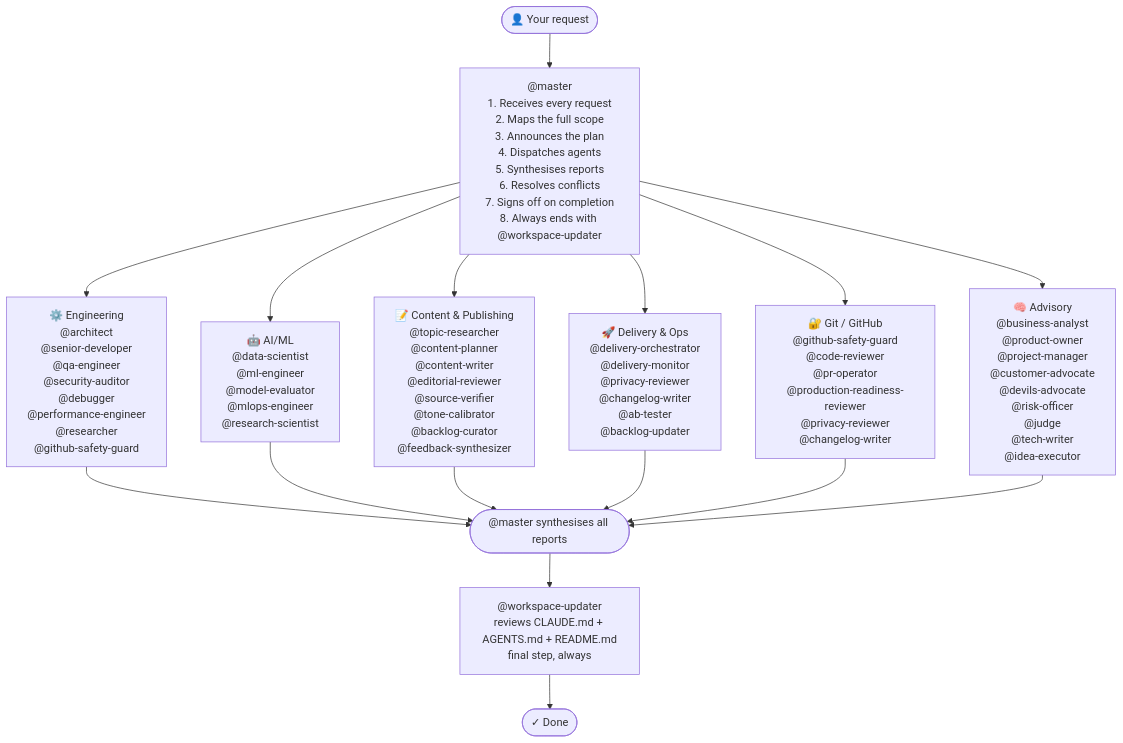
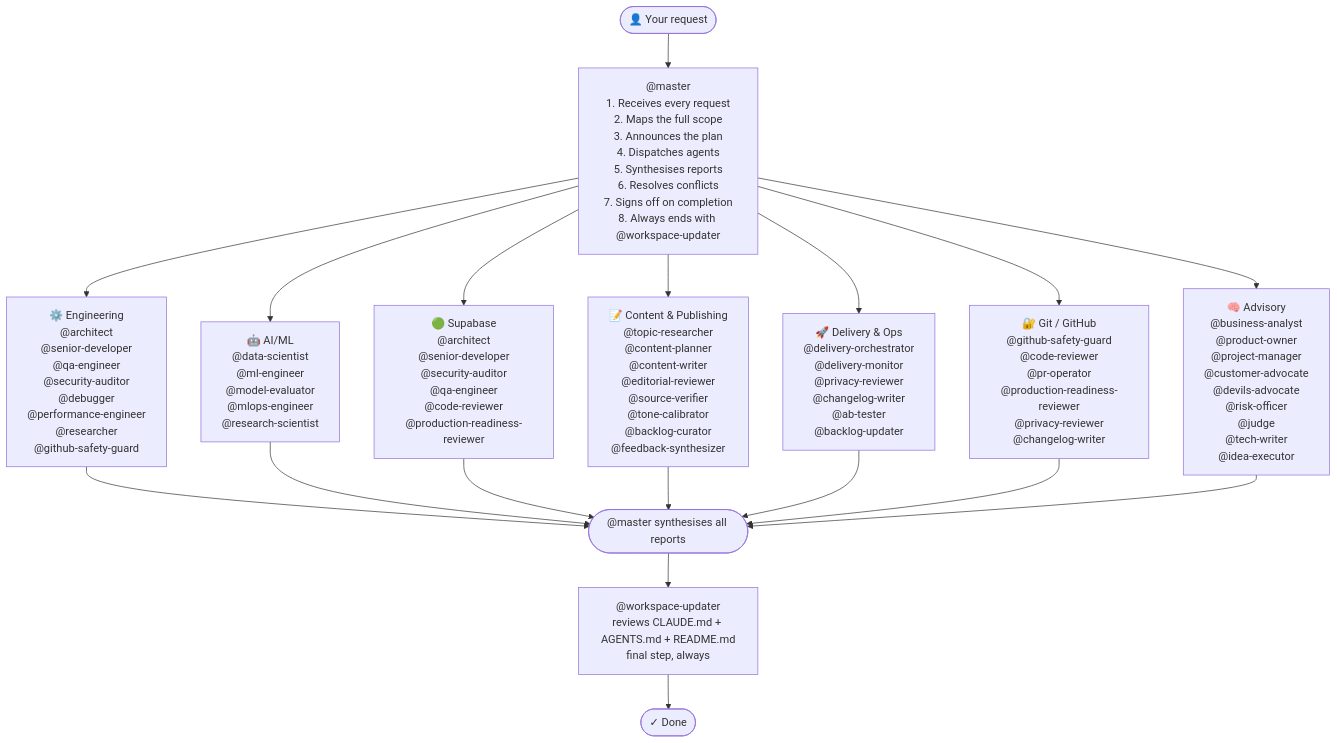
Before and after one commit to Konstantinos-Sakellariou/claude-team-kit: the diagram in README.md, drawn with Mermaid. The commit also changed other lines of this file and 15 other files, not shown here.

````diff
--- a/README.md
+++ b/README.md
@@ -161,27 +161,29 @@
 ```mermaid
 flowchart TD
     USER(["👤 Your request"])
     USER --> MASTER
 
     MASTER["@master\n1. Receives every request\n2. Maps the full scope\n3. Announces the plan\n4. Dispatches agents\n5. Synthesises reports\n6. Resolves conflicts\n7. Signs off on completion\n8. Always ends with @workspace-updater"]
 
     MASTER --> ENG["⚙️ Engineering\n@architect\n@senior-developer\n@qa-engineer\n@security-auditor\n@debugger\n@performance-engineer\n@researcher\n@github-safety-guard"]
     MASTER --> ML["🤖 AI/ML\n@data-scientist\n@ml-engineer\n@model-evaluator\n@mlops-engineer\n@research-scientist"]
+    MASTER --> SUPA["🟢 Supabase\n@architect\n@senior-developer\n@security-auditor\n@qa-engineer\n@code-reviewer\n@production-readiness-reviewer"]
 
     MASTER --> CONT["📝 Content & Publishing\n@topic-researcher\n@content-planner\n@content-writer\n@editorial-reviewer\n@source-verifier\n@tone-calibrator\n@backlog-curator\n@feedback-synthesizer"]
 
     MASTER --> DELIV["🚀 Delivery & Ops\n@delivery-orchestrator\n@delivery-monitor\n@privacy-reviewer\n@changelog-writer\n@ab-tester\n@backlog-updater"]
     MASTER --> GIT["🔐 Git / GitHub\n@github-safety-guard\n@code-reviewer\n@pr-operator\n@production-readiness-reviewer\n@privacy-reviewer\n@changelog-writer"]
 
     MASTER --> ADV["🧠 Advisory\n@business-analyst\n@product-owner\n@project-manager\n@customer-advocate\n@devils-advocate\n@risk-officer\n@judge\n@tech-writer\n@idea-executor"]
 
     ENG --> SYNTH(["@master synthesises all reports"])
     ML --> SYNTH
+    SUPA --> SYNTH
     CONT --> SYNTH
     DELIV --> SYNTH
     GIT --> SYNTH
     ADV --> SYNTH
 
     SYNTH --> WU["@workspace-updater\nreviews CLAUDE.md + AGENTS.md + README.md\nfinal step, always"]
     WU --> DONE(["✓ Done"])
 ```
````
